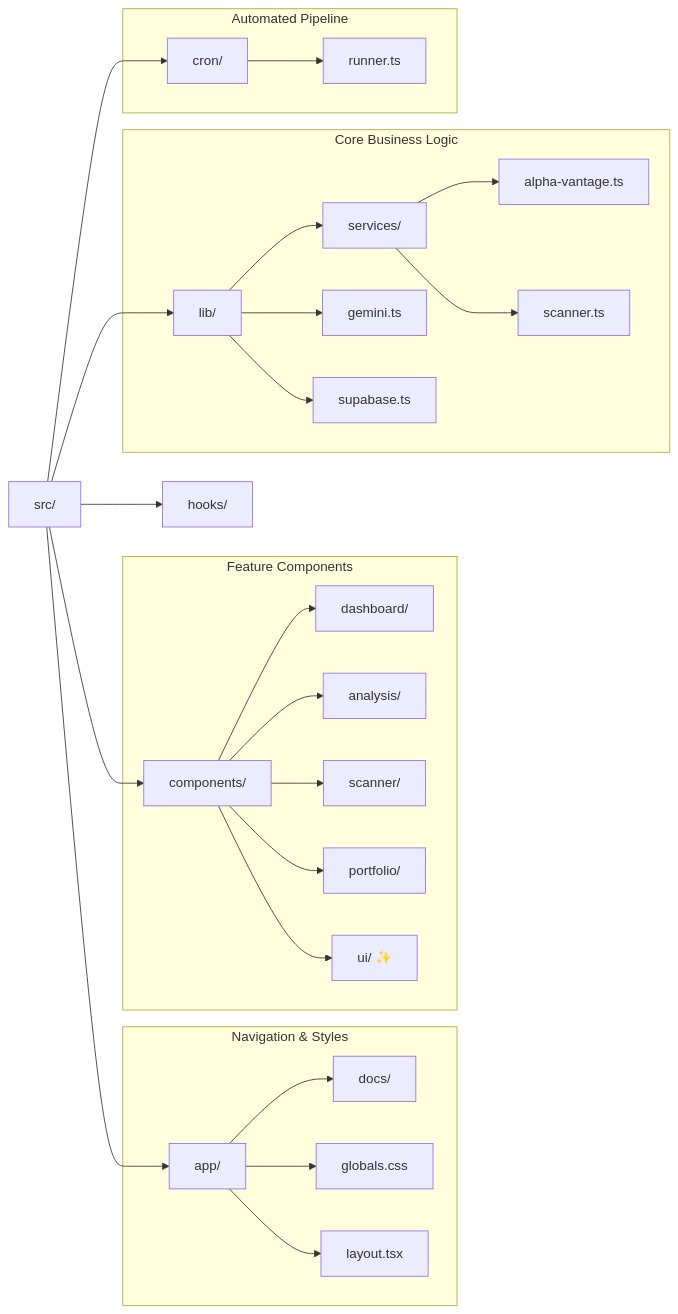
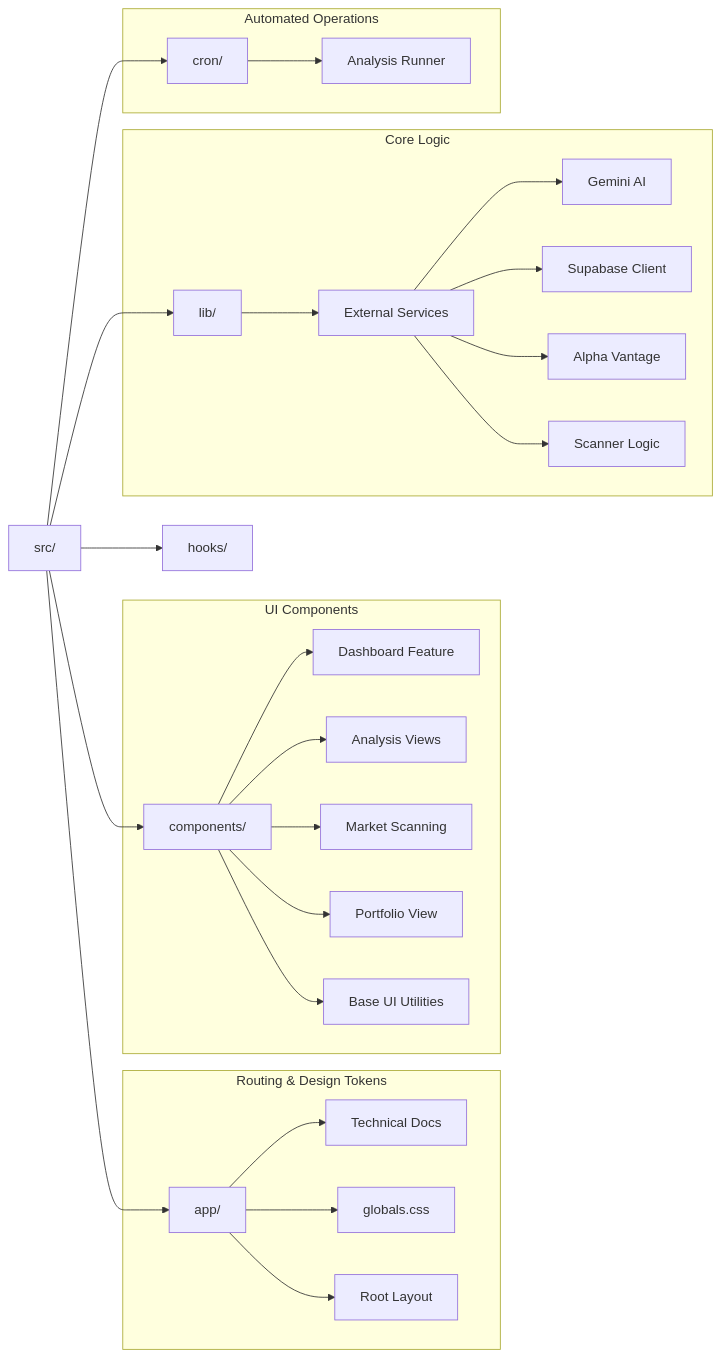
Before and after one commit to Royverse/not-financial-advice: the second of 3 diagrams in ARCHITECTURE.md, drawn with Mermaid. The commit also changed other lines of this file and 37 other files, not shown here.

````diff
--- a/ARCHITECTURE.md
+++ b/ARCHITECTURE.md
@@ -58,34 +58,34 @@
 ```mermaid
 graph LR
     Root[src/] --> App[app/]
     Root --> Comp[components/]
     Root --> Lib[lib/]
     Root --> Hooks[hooks/]
     Root --> Cron[cron/]
 
-    subgraph "Navigation & Styles"
-        App --> Docs[docs/]
-        App --> Globals[globals.css]
-        App --> Layout[layout.tsx]
+    subgraph "Routing & Design Tokens"
+        App --> Docs[Technical Docs]
+        App --> Styles[globals.css]
+        App --> Layout[Root Layout]
     end
 
-    subgraph "Feature Components"
-        Comp --> Dashboard[dashboard/]
-        Comp --> Analysis[analysis/]
-        Comp --> Scanner[scanner/]
-        Comp --> PortComp[portfolio/]
-        Comp --> UI[ui/ ✨]
+    subgraph "UI Components"
+        Comp --> Dashboard[Dashboard Feature]
+        Comp --> Analysis[Analysis Views]
+        Comp --> Scanner[Market Scanning]
+        Comp --> PortComp[Portfolio View]
+        Comp --> UI[Base UI Utilities]
     end
 
-    subgraph "Core Business Logic"
-        Lib --> Services[services/]
-        Lib --> Gemini[gemini.ts]
-        Lib --> Supa[supabase.ts]
-        Services --> AV_Svc[alpha-vantage.ts]
-        Services --> Scan_Svc[scanner.ts]
+    subgraph "Core Logic"
+        Lib --> Services[External Services]
+        Services --> Gemini[Gemini AI]
+        Services --> Supa[Supabase Client]
+        Services --> AV_Svc[Alpha Vantage]
+        Services --> Scan_Svc[Scanner Logic]
     end
 
-    subgraph "Automated Pipeline"
-        Cron --> Runner[runner.ts]
+    subgraph "Automated Operations"
+        Cron --> Runner[Analysis Runner]
     end
 ```
````
